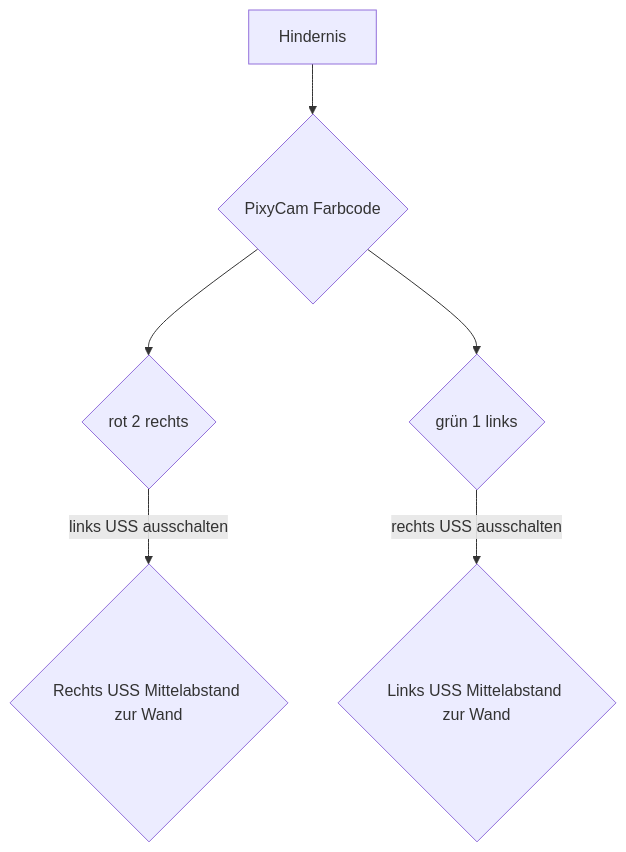
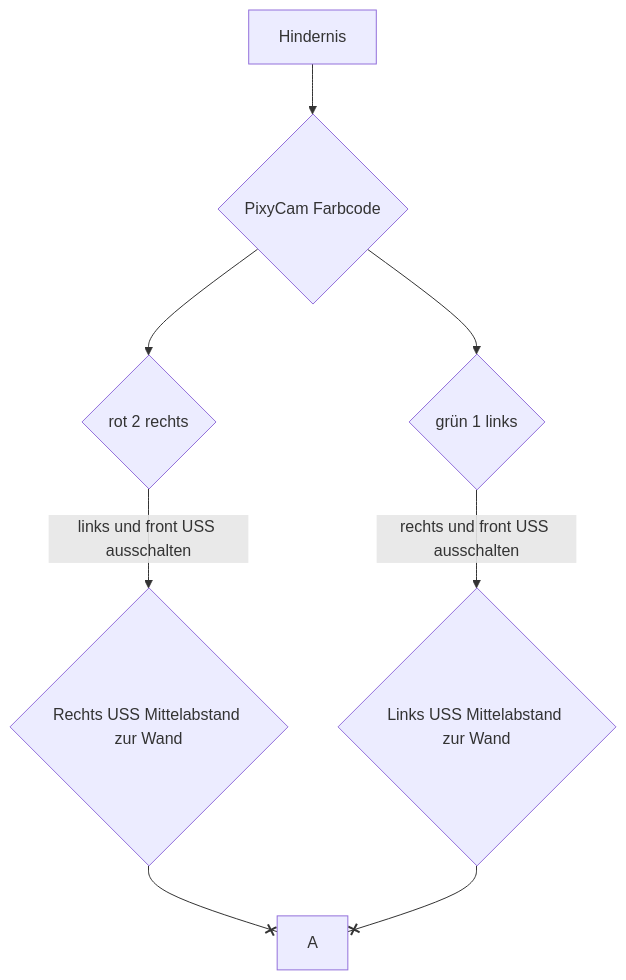
Before and after one commit to SchroedingersBit/PfortGTPanama: the diagram in Programme/Hindernisrennen/README.md, drawn with Mermaid.

````diff
--- a/Programme/Hindernisrennen/README.md
+++ b/Programme/Hindernisrennen/README.md
@@ -4,6 +4,7 @@
 ```mermaid
 flowchart TB;
 Hindernis --> P{PixyCam Farbcode} --> R{rot 2 rechts} & G{grün 1 links};
-R -->|links USS ausschalten| RU{Rechts USS Mittelabstand zur Wand};
-G -->|rechts USS ausschalten| LU{Links USS Mittelabstand zur Wand};
+R -->|links und front USS ausschalten| RU{Rechts USS Mittelabstand zur Wand};
+G -->|rechts und front USS ausschalten| LU{Links USS Mittelabstand zur Wand};
+RU & LU --x A;
 ```
````
